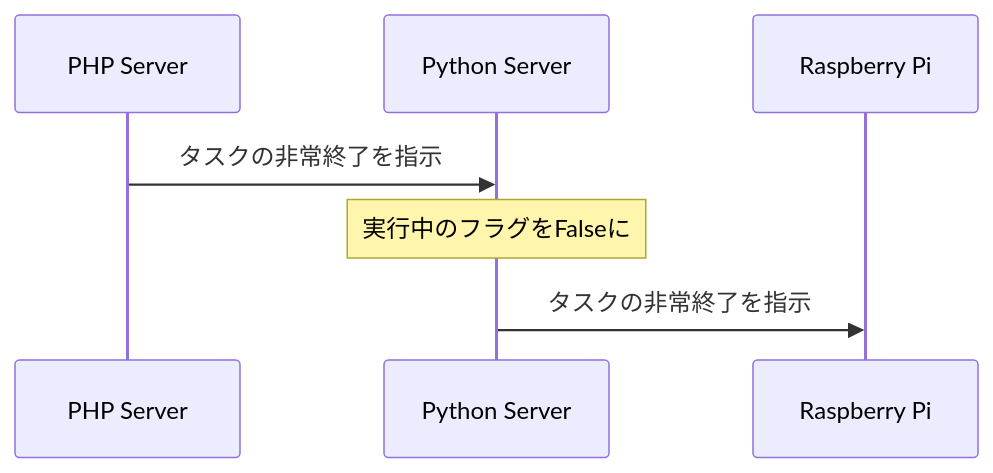
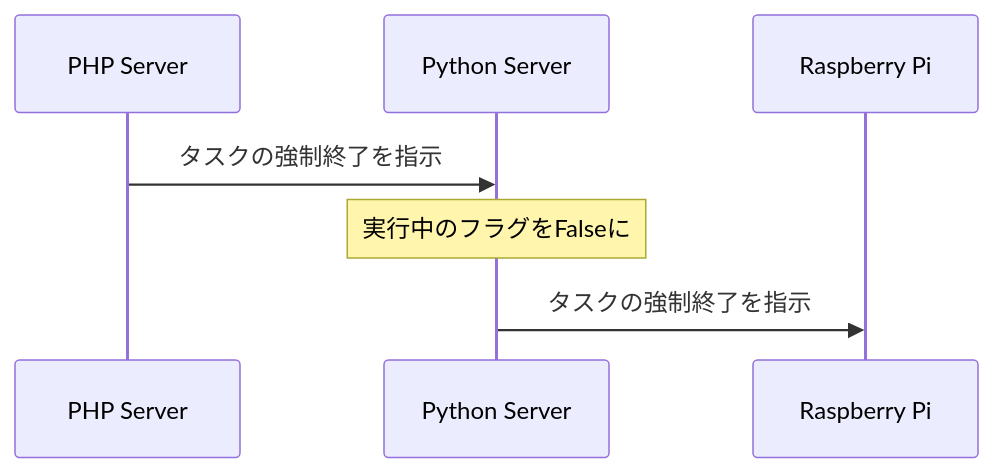
One commit to litech-team/li-learn-timer-docs changed the fourth of 5 diagrams in sequence.md. Above: the diagram before and after it, drawn with Mermaid. The commit also changed other lines of this file, not shown here.

Commit message:
異常終了を強制終了に言い回しを変更

````diff
--- a/sequence.md
+++ b/sequence.md
@@ -59,10 +59,10 @@
 ```mermaid
 sequenceDiagram
     participant server as PHP Server
     participant python as Python Server
     participant client as Raspberry Pi
 
-    server ->> python: タスクの非常終了を指示
+    server ->> python: タスクの強制終了を指示
     Note over python: 実行中のフラグをFalseに
-    python ->> client: タスクの非常終了を指示
+    python ->> client: タスクの強制終了を指示
 ```
````
